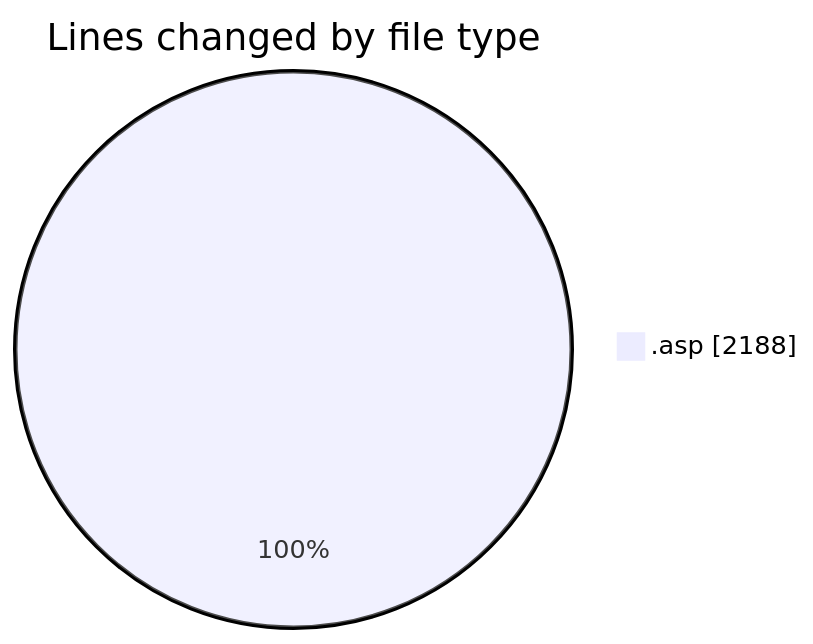
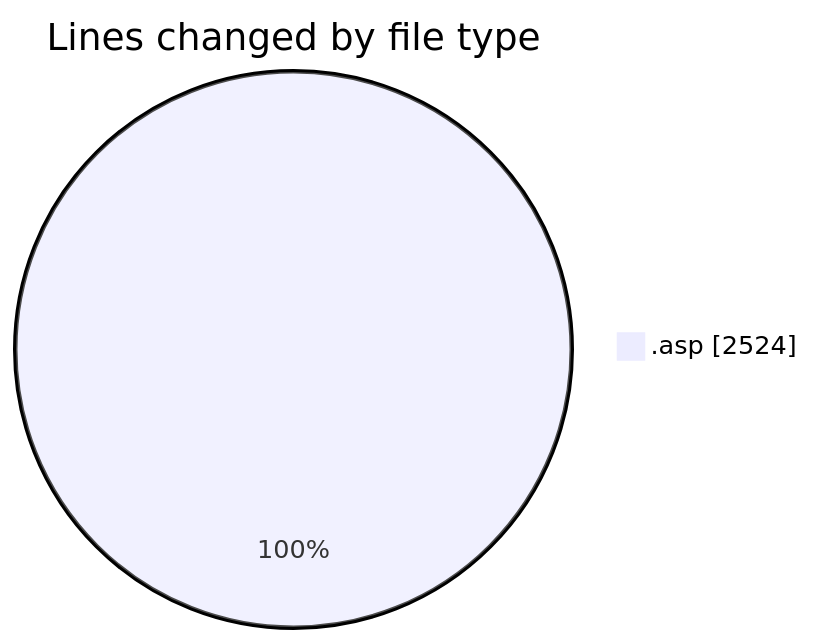
Before and after one commit to julien-gomy/code-tracking: the first of 2 diagrams in 2025-10-31/cdp_aleoudev_fr__workspace_/README.md, drawn with Mermaid. The commit also changed other lines of this file and 1 other file, not shown here.

````diff
--- a/2025-10-31/cdp_aleoudev_fr__workspace_/README.md
+++ b/2025-10-31/cdp_aleoudev_fr__workspace_/README.md
@@ -21,5 +21,5 @@
 ```mermaid
 pie showData
 title Lines changed by file type
-".asp" : 2188
+".asp" : 2524
 ```
````
